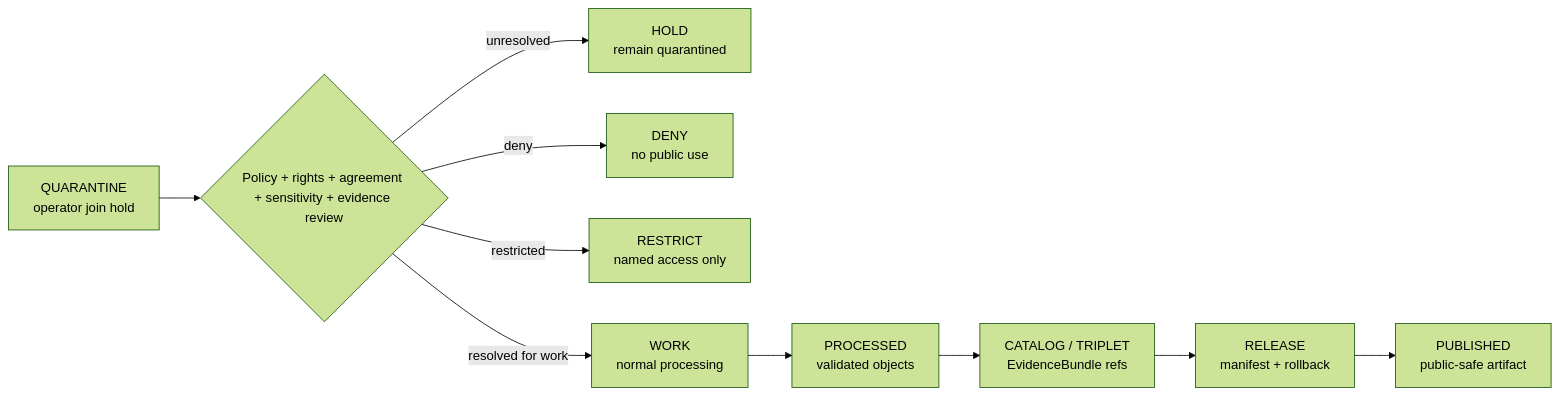
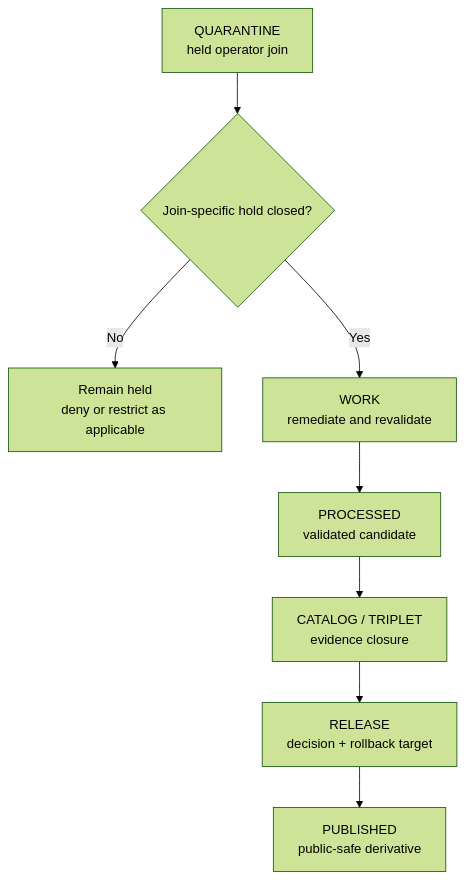
One commit to bartytime4life/Kansas-Frontier-Matrix changed the diagram in data/quarantine/agriculture/operator-join/README.md. Above: the diagram before and after it, drawn with Mermaid (forest theme). The commit also changed other lines of this file, not shown here.

Commit message:
docs(data): modernize Agriculture operator-join quarantine README

````diff
--- a/data/quarantine/agriculture/operator-join/README.md
+++ b/data/quarantine/agriculture/operator-join/README.md
@@ -216,12 +242,10 @@
 ```mermaid
-flowchart LR
-    Q["QUARANTINE<br/>operator join hold"] --> REVIEW{Policy + rights + agreement + sensitivity + evidence review}
-    REVIEW -->|unresolved| HOLD["HOLD<br/>remain quarantined"]
-    REVIEW -->|deny| DENY["DENY<br/>no public use"]
-    REVIEW -->|restricted| REST["RESTRICT<br/>named access only"]
-    REVIEW -->|resolved for work| WORK["WORK<br/>normal processing"]
-    WORK --> PROC["PROCESSED<br/>validated objects"]
-    PROC --> CAT["CATALOG / TRIPLET<br/>EvidenceBundle refs"]
-    CAT --> REL["RELEASE<br/>manifest + rollback"]
-    REL --> PUB["PUBLISHED<br/>public-safe artifact"]
+flowchart TD
+    Q["QUARANTINE<br/>held operator join"] --> R{"Join-specific hold closed?"}
+    R -->|"No"| H["Remain held<br/>deny or restrict as applicable"]
+    R -->|"Yes"| W["WORK<br/>remediate and revalidate"]
+    W --> P["PROCESSED<br/>validated candidate"]
+    P --> C["CATALOG / TRIPLET<br/>evidence closure"]
+    C --> L["RELEASE<br/>decision + rollback target"]
+    L --> U["PUBLISHED<br/>public-safe derivative"]
 ```
````
